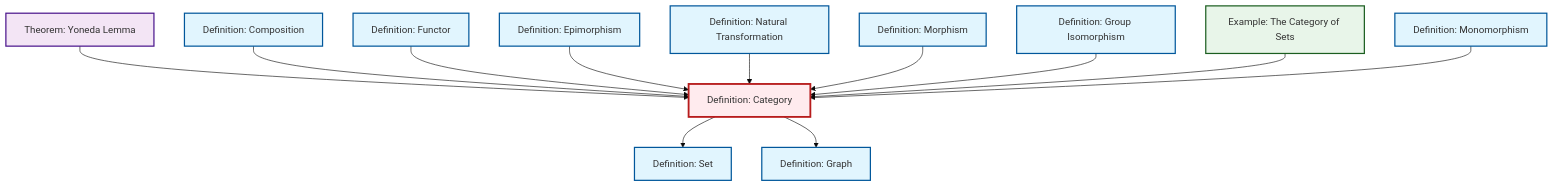
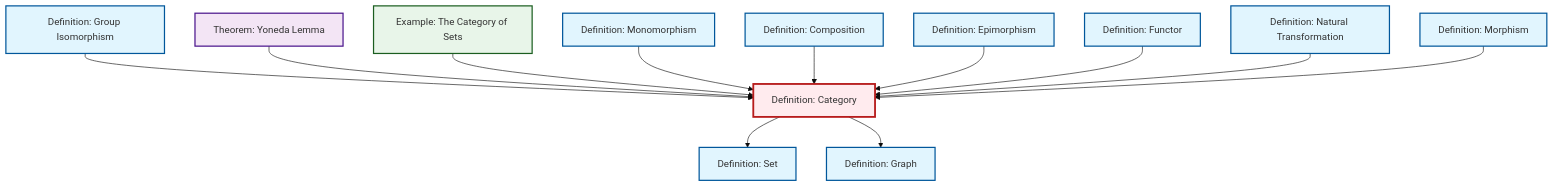
Before and after one commit to RK0429/ModernMath: the diagram in content/en/category-theory/def-category.qmd, drawn with Mermaid (base theme). The commit also changed other lines of this file and 619 other files, not shown here.

````diff
--- a/content/en/category-theory/def-category.qmd
+++ b/content/en/category-theory/def-category.qmd
@@ -47,44 +47,44 @@
 ```{mermaid}
 %%| fig-cap: "Local dependency graph"
 graph TD
     classDef definition fill:#e1f5fe,stroke:#01579b,stroke-width:2px
     classDef theorem fill:#f3e5f5,stroke:#4a148c,stroke-width:2px
     classDef axiom fill:#fff3e0,stroke:#e65100,stroke-width:2px
     classDef example fill:#e8f5e9,stroke:#1b5e20,stroke-width:2px
     classDef current fill:#ffebee,stroke:#b71c1c,stroke-width:3px
-    def-natural-transformation["Definition: Natural Transformation"]:::definition
+    def-composition["Definition: Composition"]:::definition
+    def-set["Definition: Set"]:::definition
+    def-monomorphism["Definition: Monomorphism"]:::definition
+    def-functor["Definition: Functor"]:::definition
+    ex-set-category["Example: The Category of Sets"]:::example
     def-epimorphism["Definition: Epimorphism"]:::definition
-    def-category["Definition: Category"]:::definition
+    def-morphism["Definition: Morphism"]:::definition
     thm-yoneda["Theorem: Yoneda Lemma"]:::theorem
     def-isomorphism["Definition: Group Isomorphism"]:::definition
-    def-set["Definition: Set"]:::definition
-    def-morphism["Definition: Morphism"]:::definition
-    def-monomorphism["Definition: Monomorphism"]:::definition
-    def-composition["Definition: Composition"]:::definition
+    def-natural-transformation["Definition: Natural Transformation"]:::definition
     def-graph["Definition: Graph"]:::definition
-    ex-set-category["Example: The Category of Sets"]:::example
-    def-functor["Definition: Functor"]:::definition
+    def-category["Definition: Category"]:::definition
+    def-isomorphism --> def-category
     thm-yoneda --> def-category
+    ex-set-category --> def-category
+    def-monomorphism --> def-category
     def-composition --> def-category
-    def-category --> def-set
+    def-epimorphism --> def-category
     def-functor --> def-category
-    def-epimorphism --> def-category
     def-natural-transformation --> def-category
     def-morphism --> def-category
-    def-isomorphism --> def-category
-    ex-set-category --> def-category
-    def-monomorphism --> def-category
+    def-category --> def-set
     def-category --> def-graph
     class def-category current
-    click def-natural-transformation "def-natural-transformation.html" "Go to Natural Transformation definition"
+    click def-composition "def-composition.html" "Go to Composition definition"
+    click def-set "def-set.html" "Go to Set definition"
+    click def-monomorphism "def-monomorphism.html" "Go to Monomorphism definition"
+    click def-functor "def-functor.html" "Go to Functor definition"
+    click ex-set-category "ex-set-category.html" "Go to The Category of Sets example"
     click def-epimorphism "def-epimorphism.html" "Go to Epimorphism definition"
+    click def-morphism "def-morphism.html" "Go to Morphism definition"
     click thm-yoneda "thm-yoneda.html" "Go to Yoneda Lemma theorem"
     click def-isomorphism "def-isomorphism.html" "Go to Group Isomorphism definition"
-    click def-set "def-set.html" "Go to Set definition"
-    click def-morphism "def-morphism.html" "Go to Morphism definition"
-    click def-monomorphism "def-monomorphism.html" "Go to Monomorphism definition"
-    click def-composition "def-composition.html" "Go to Composition definition"
+    click def-natural-transformation "def-natural-transformation.html" "Go to Natural Transformation definition"
     click def-graph "def-graph.html" "Go to Graph definition"
-    click ex-set-category "ex-set-category.html" "Go to The Category of Sets example"
-    click def-functor "def-functor.html" "Go to Functor definition"
 ```
````
